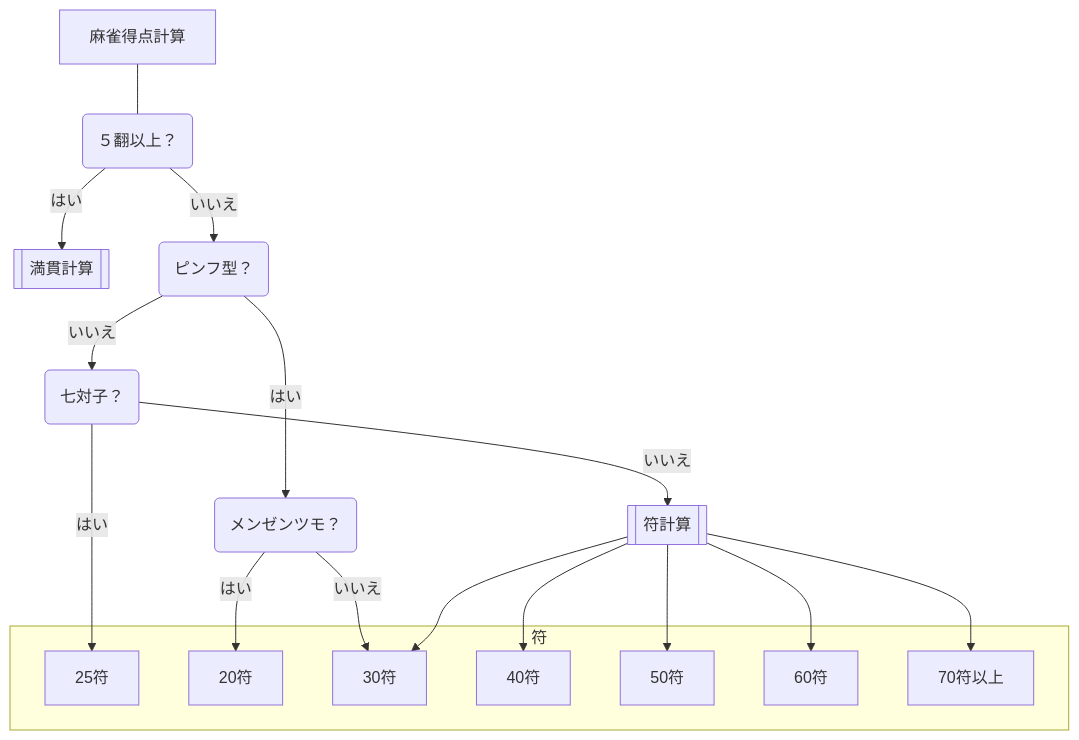
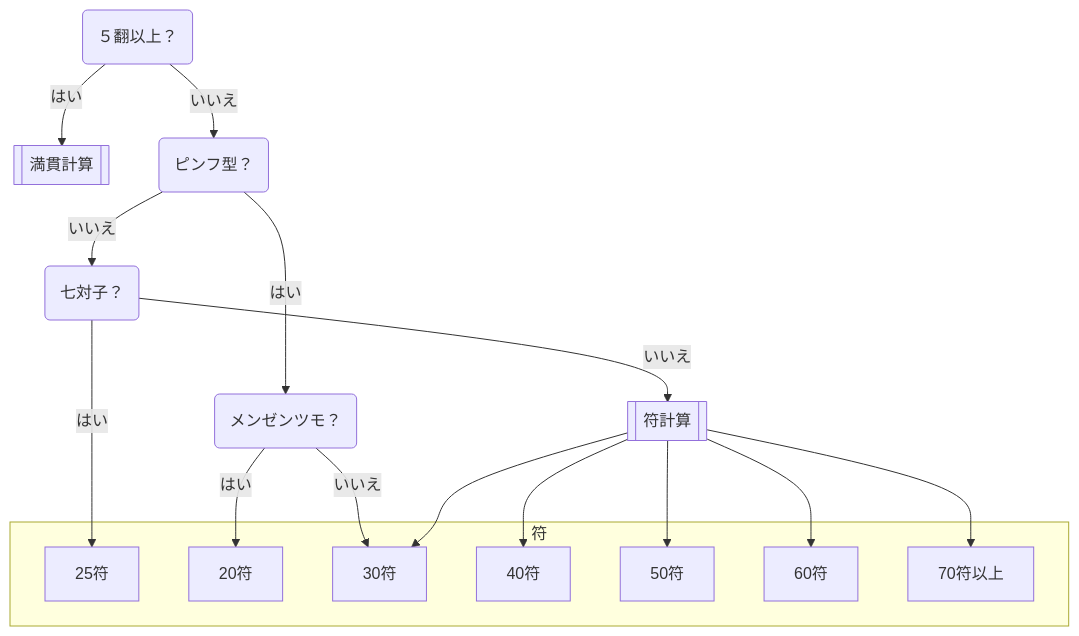
One commit to tkhshr/tkhshr.github.io changed the diagram in docs/mahjong-calc.md. Above: the diagram before and after it, drawn with Mermaid. The commit also changed other lines of this file, not shown here.

````diff
--- a/docs/mahjong-calc.md
+++ b/docs/mahjong-calc.md
@@ -6,22 +9,21 @@
 ```mermaid
 graph TD;
-    S["麻雀得点計算"] --- Q1
     Q1("５翻以上？") -->|"はい"| M[["満貫計算"]]
     Q1 -->|"いいえ"| Q2
     Q2("ピンフ型？") -->|"はい"| P_Q1
     Q2 -->|"いいえ"| Q3
     Q3("七対子？" )-->|"はい"| 25FU
     Q3 -->|"いいえ"| FC
     P_Q1("メンゼンツモ？" )-->|"はい"| 20FU
     P_Q1 -->|"いいえ"| 30FU
     FC[["符計算"]] --> 30FU & 40FU & 50FU & 60FU & 70FUover
     subgraph F ["符"]
         20FU["20符"]
         25FU["25符"]
         30FU["30符"]
         40FU["40符"]
         50FU["50符"]
         60FU["60符"]
         70FUover["70符以上"]
     end
 ```
````
